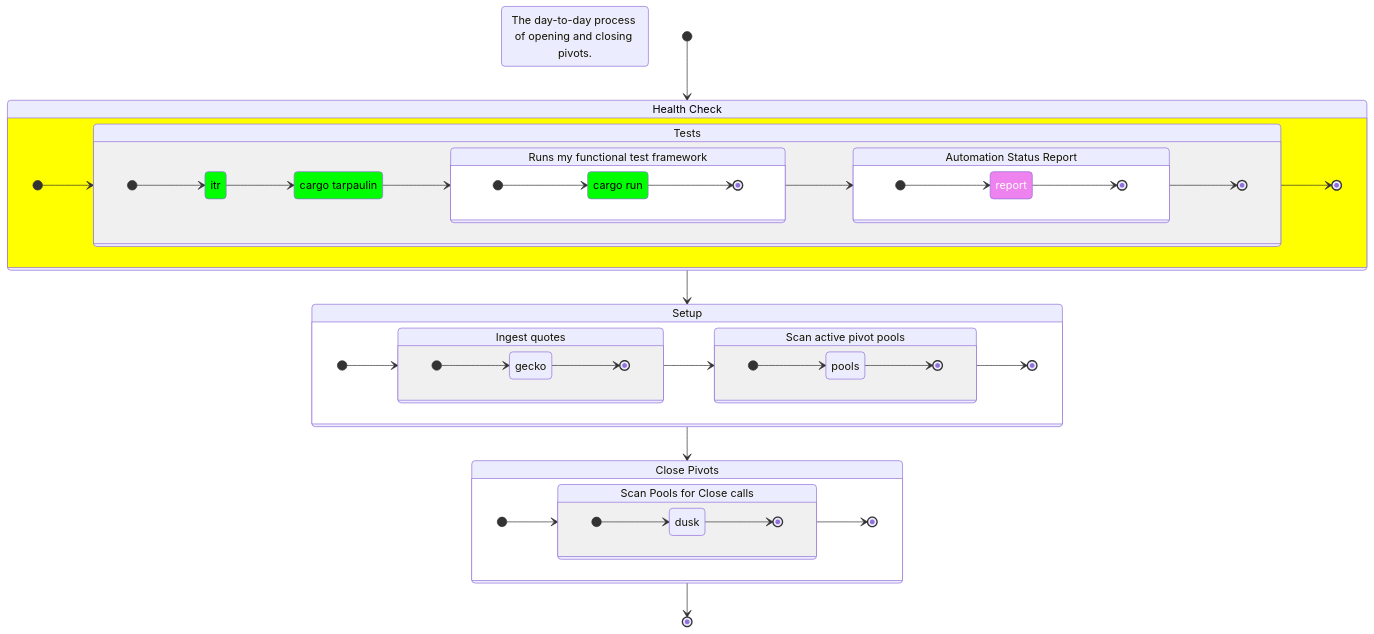
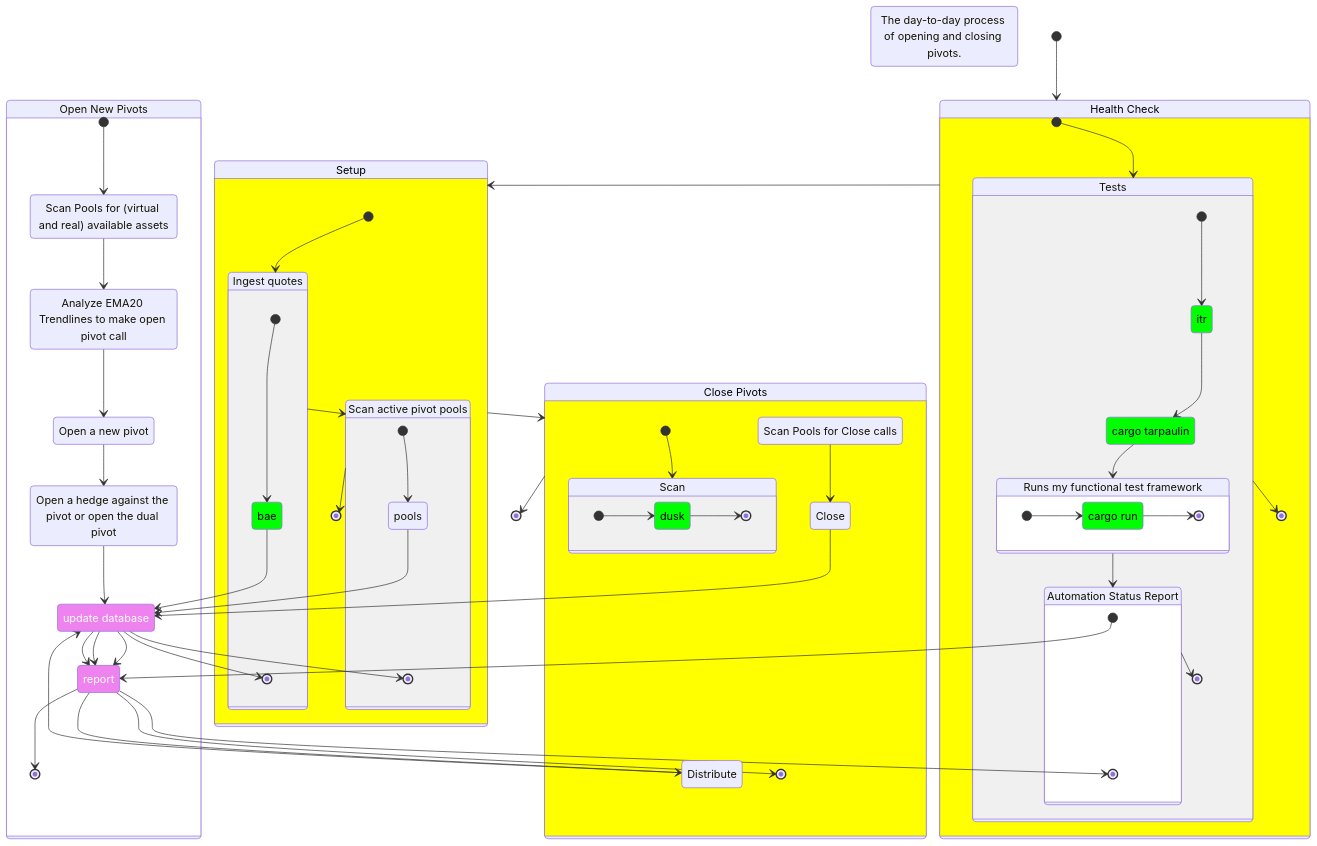
One commit to pivoteur/protocol changed the diagram in dapps/README.md. Above: the diagram before and after it, drawn with Mermaid.

Commit message:
Added open pivots workflow

````diff
--- a/dapps/README.md
+++ b/dapps/README.md
@@ -16,8 +16,14 @@
    class Tarp inUse
    class Run inUse
    class itr inUse
+   class bae inUse
+   class dusk inUse
    class Tests wip
+   class Setup wip
+   class Closes wip
    class report manual
+   class UpdateDb manual
+   UpdateDb: update database
 
    Run: cargo run
 
@@ -68,29 +74,56 @@
       Quotes: Ingest quotes
       state Quotes {
          direction LR
-         [*] --> gecko
-         gecko --> [*]
+         [*] --> bae
+         bae --> UpdateDb
+         UpdateDb --> [*]
       }
 
       Pools: Scan active pivot pools
       state Pools {
          direction LR
          [*] --> pools
-         pools --> [*]
+         pools --> UpdateDb
+         UpdateDb --> [*]
       }
    }
 
    Closes: Close Pivots
    state Closes {
       direction LR
+
       [*] --> Scan
-      Scan --> [*]
+      ScanCloses --> Close
+      Close --> UpdateDb
+      UpdateDb --> report
+      report --> Distribute
+      Distribute --> UpdateDb
+      UpdateDb --> report
+      report --> [*]
 
-      Scan: Scan Pools for Close calls
+      ScanCloses: Scan Pools for Close calls
       state Scan {
          direction LR
          [*] --> dusk
          dusk --> [*]
       }
    }
+
+   Opens: Open New Pivots
+   state Opens {
+      direction LR
+   
+      [*] --> ScanOpens
+      ScanOpens --> Call
+      Call --> Open
+      Open --> OpenOrHedge
+      OpenOrHedge --> UpdateDb
+      UpdateDb --> report
+      report --> [*]
+
+      ScanOpens: Scan Pools for (virtual and real) available assets
+      Call: Analyze EMA20 Trendlines to make open pivot call
+      Open: Open a new pivot
+      OpenOrHedge: Open a hedge against the pivot or open the dual pivot
+   }
 ```
````
